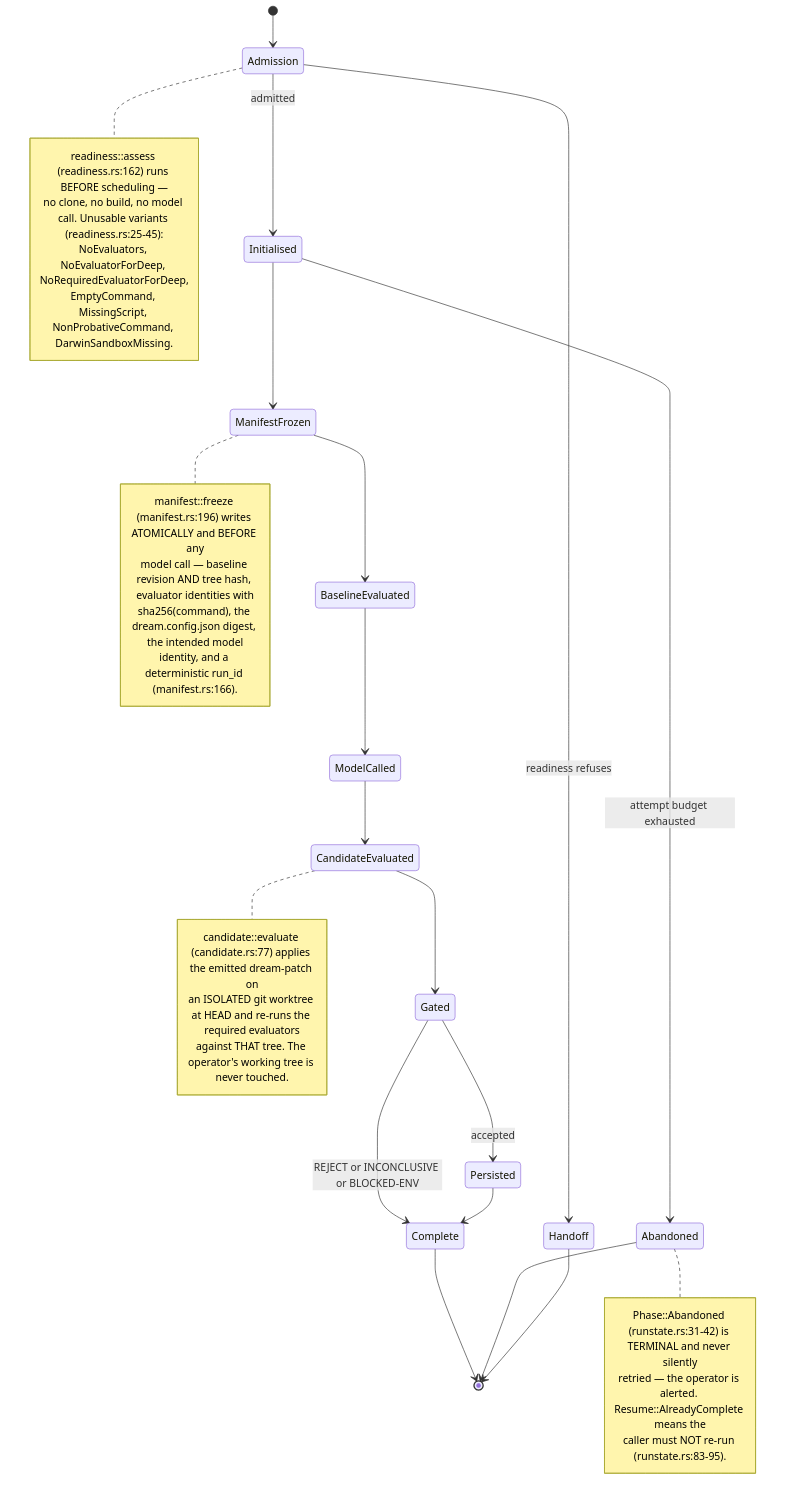
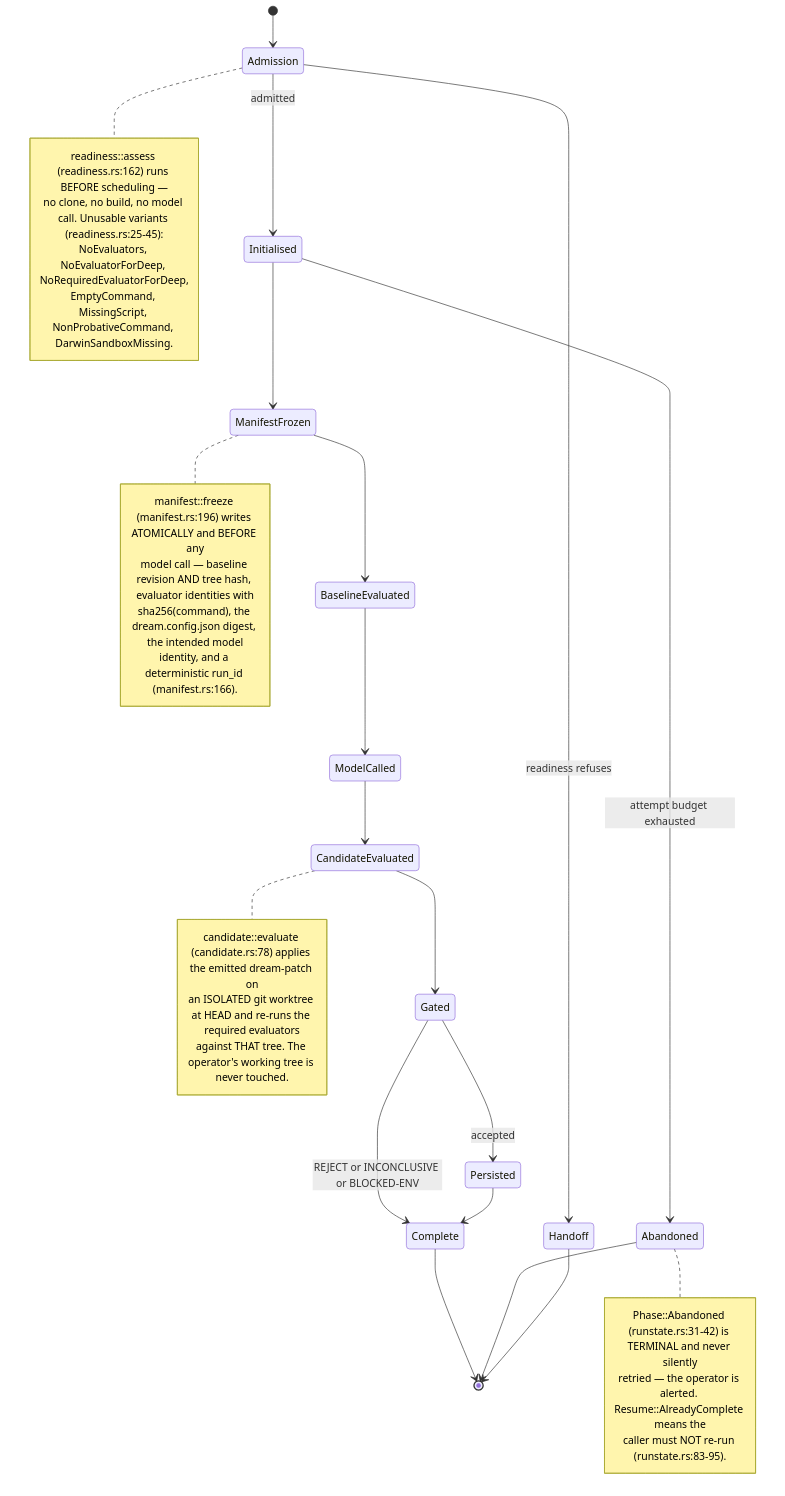
Before and after one commit to DreamLab-AI/VisionFlow: the first of 18 diagrams in docs/diagrams/agentbox/23-dream-engine.md, drawn with Mermaid. The commit also changed other lines of this file and 136 other files, not shown here.

First line of the commit message:
docs(diagrams): refresh the whole corpus to code HEAD and prune low-value diagrams

````diff
--- a/docs/diagrams/agentbox/23-dream-engine.md
+++ b/docs/diagrams/agentbox/23-dream-engine.md
@@ -44,40 +47,40 @@
 ```mermaid
 stateDiagram-v2
     [*] --> Admission
     Admission --> Handoff : readiness refuses
     note right of Admission
         readiness::assess (readiness.rs:162) runs BEFORE scheduling —
         no clone, no build, no model call. Unusable variants (readiness.rs:25-45):
         NoEvaluators, NoEvaluatorForDeep, NoRequiredEvaluatorForDeep,
         EmptyCommand, MissingScript, NonProbativeCommand, DarwinSandboxMissing.
     end note
     Admission --> Initialised : admitted
     Initialised --> ManifestFrozen
     note right of ManifestFrozen
         manifest::freeze (manifest.rs:196) writes ATOMICALLY and BEFORE any
         model call — baseline revision AND tree hash, evaluator identities with
         sha256(command), the dream.config.json digest, the intended model
         identity, and a deterministic run_id (manifest.rs:166).
     end note
     ManifestFrozen --> BaselineEvaluated
     BaselineEvaluated --> ModelCalled
     ModelCalled --> CandidateEvaluated
     note right of CandidateEvaluated
-        candidate::evaluate (candidate.rs:77) applies the emitted dream-patch on
+        candidate::evaluate (candidate.rs:78) applies the emitted dream-patch on
         an ISOLATED git worktree at HEAD and re-runs the required evaluators
         against THAT tree. The operator's working tree is never touched.
     end note
     CandidateEvaluated --> Gated
     Gated --> Persisted : accepted
     Gated --> Complete : REJECT or INCONCLUSIVE or BLOCKED-ENV
     Persisted --> Complete
     Complete --> [*]
     Initialised --> Abandoned : attempt budget exhausted
     note right of Abandoned
         Phase::Abandoned (runstate.rs:31-42) is TERMINAL and never silently
         retried — the operator is alerted. Resume::AlreadyComplete means the
         caller must NOT re-run (runstate.rs:83-95).
     end note
     Abandoned --> [*]
     Handoff --> [*]
 ```
````
